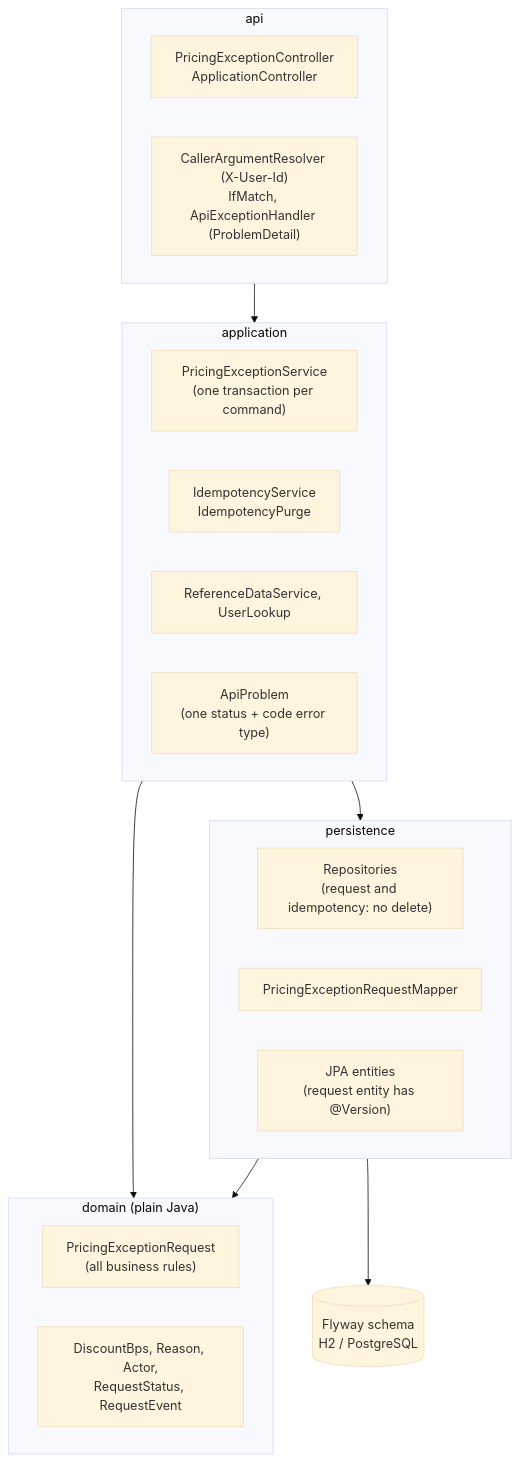
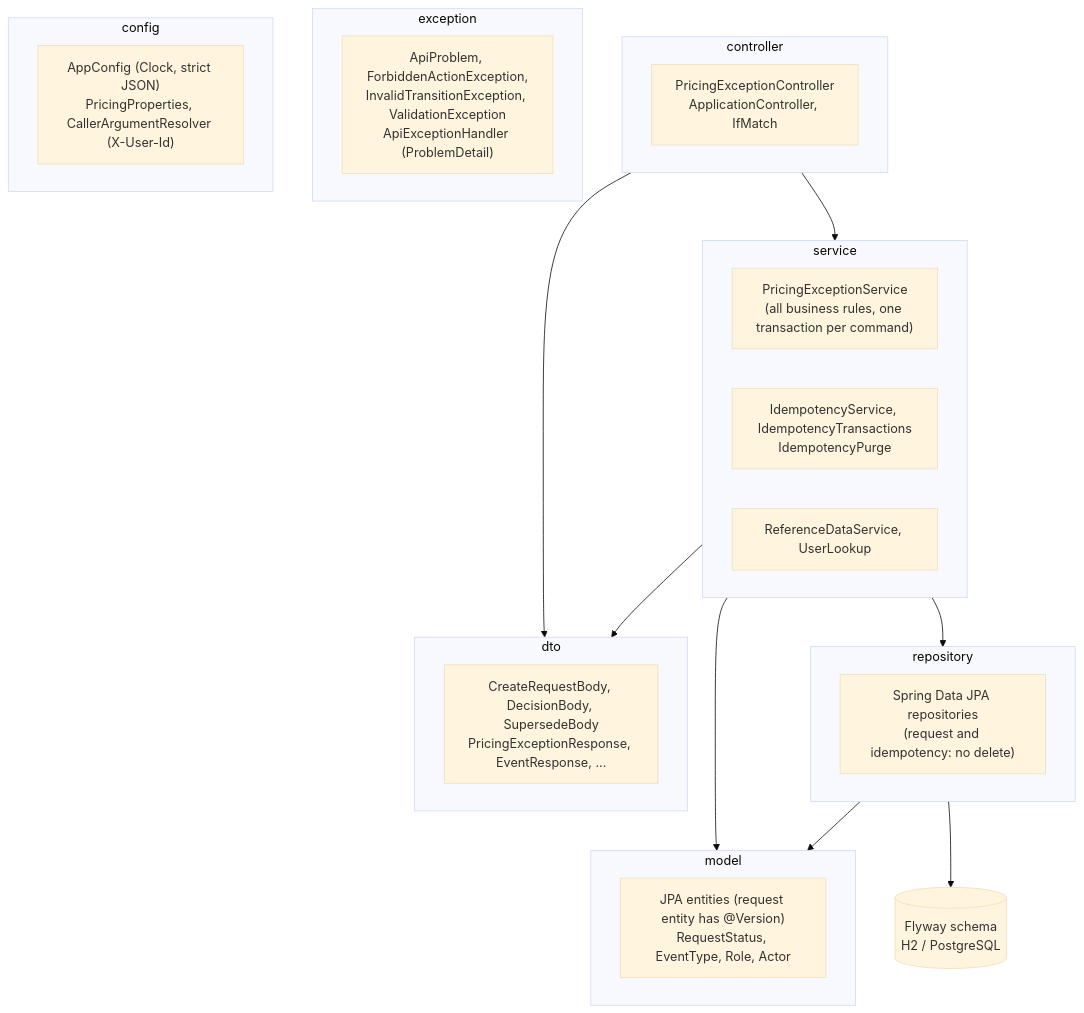
Before and after one commit to ataulnasar/pricing-exception-service: the second of 4 diagrams in docs/diagrams/architecture.md, drawn with Mermaid (base theme). The commit also changed other lines of this file and 25 other files, not shown here.

````diff
--- a/docs/diagrams/architecture.md
+++ b/docs/diagrams/architecture.md
@@ -30,29 +30,35 @@
 ```mermaid
 flowchart TB
-    subgraph api["api"]
-        ctrl["PricingExceptionController<br/>ApplicationController"]
-        web["CallerArgumentResolver (X-User-Id)<br/>IfMatch, ApiExceptionHandler (ProblemDetail)"]
+    subgraph controller["controller"]
+        ctrl["PricingExceptionController<br/>ApplicationController, IfMatch"]
     end
-    subgraph application["application"]
-        svc["PricingExceptionService<br/>(one transaction per command)"]
-        idem["IdempotencyService<br/>IdempotencyPurge"]
+    subgraph service["service"]
+        svc["PricingExceptionService<br/>(all business rules, one transaction per command)"]
+        idem["IdempotencyService, IdempotencyTransactions<br/>IdempotencyPurge"]
         ref["ReferenceDataService, UserLookup"]
-        err["ApiProblem<br/>(one status + code error type)"]
     end
-    subgraph domain["domain (plain Java)"]
-        agg["PricingExceptionRequest<br/>(all business rules)"]
-        vo["DiscountBps, Reason, Actor,<br/>RequestStatus, RequestEvent"]
+    subgraph repository["repository"]
+        repo["Spring Data JPA repositories<br/>(request and idempotency: no delete)"]
     end
-    subgraph persistence["persistence"]
-        repo["Repositories<br/>(request and idempotency: no delete)"]
-        map["PricingExceptionRequestMapper"]
-        ent["JPA entities<br/>(request entity has @Version)"]
+    subgraph model["model"]
+        ent["JPA entities (request entity has @Version)<br/>RequestStatus, EventType, Role, Actor"]
+    end
+    subgraph dto["dto"]
+        dtos["CreateRequestBody, DecisionBody, SupersedeBody<br/>PricingExceptionResponse, EventResponse, ..."]
+    end
+    subgraph exception["exception"]
+        err["ApiProblem, ForbiddenActionException,<br/>InvalidTransitionException, ValidationException<br/>ApiExceptionHandler (ProblemDetail)"]
+    end
+    subgraph config["config"]
+        cfg["AppConfig (Clock, strict JSON)<br/>PricingProperties, CallerArgumentResolver (X-User-Id)"]
     end
     db[("Flyway schema<br/>H2 / PostgreSQL")]
 
-    api --> application
-    application --> domain
-    application --> persistence
-    persistence --> domain
-    persistence --> db
+    controller --> service
+    controller --> dto
+    service --> repository
+    service --> model
+    service --> dto
+    repository --> model
+    repository --> db
 ```
````
